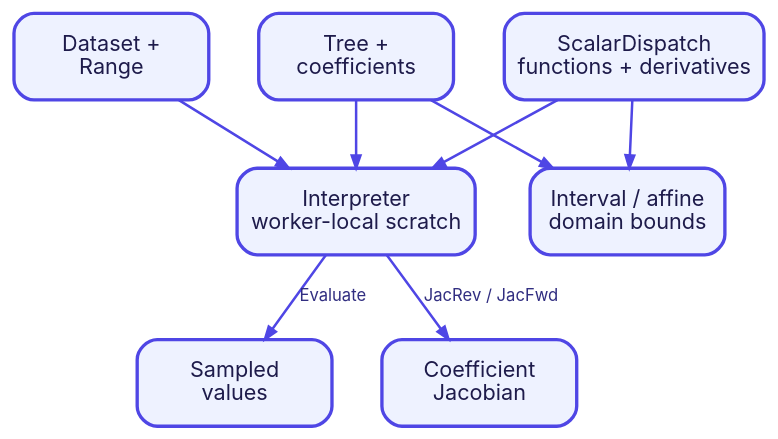
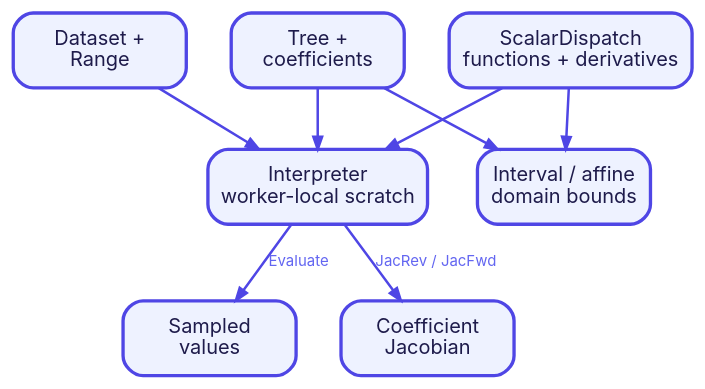
Before and after one commit to heal-research/operon: the diagram in docs/mkdocs/diagrams/execution.dot, drawn with Graphviz. The commit also changed 6 other files, not shown here.

Commit message:
Improve diagram label contrast

```diff
--- a/docs/mkdocs/diagrams/execution.dot
+++ b/docs/mkdocs/diagrams/execution.dot
@@ -1,21 +1,21 @@
 digraph execution {
-  graph [rankdir=TB, bgcolor="transparent", nodesep=0.42, ranksep=0.55, pad=0.12];
-  node [shape=box, style="rounded,filled", fillcolor="#EEF2FF", color="#4F46E5", penwidth=2, fontname="Inter", fontsize=13, fontcolor="#1E1B4B", width=1.62, height=0.72];
-  edge [color="#4F46E5", penwidth=1.5, arrowsize=0.75, fontname="Inter", fontsize=10, fontcolor="#312E81"];
+  graph [rankdir=TB, bgcolor="transparent", nodesep=0.38, ranksep=0.5, pad=0.1];
+  node [shape=box, style="rounded,filled", fillcolor="#EEF2FF", color="#4F46E5", penwidth=2, fontname="Inter", fontsize=12, fontcolor="#1E1B4B", width=1.45, height=0.62];
+  edge [color="#4F46E5", penwidth=1.5, arrowsize=0.75, fontname="Inter", fontsize=9, fontcolor="#6366F1"];
 
   tree [label="Tree +\ncoefficients"];
   dataset [label="Dataset +\nRange"];
   dispatch [label="ScalarDispatch\nfunctions + derivatives"];
   interpreter [label="Interpreter\nworker-local scratch"];
   values [label="Sampled\nvalues"];
   jacobian [label="Coefficient\nJacobian"];
   bounds [label="Interval / affine\ndomain bounds"];
 
   tree -> interpreter;
   dataset -> interpreter;
   dispatch -> interpreter;
   interpreter -> values [label="Evaluate"];
   interpreter -> jacobian [label="JacRev / JacFwd"];
   tree -> bounds;
   dispatch -> bounds;
 }
```
